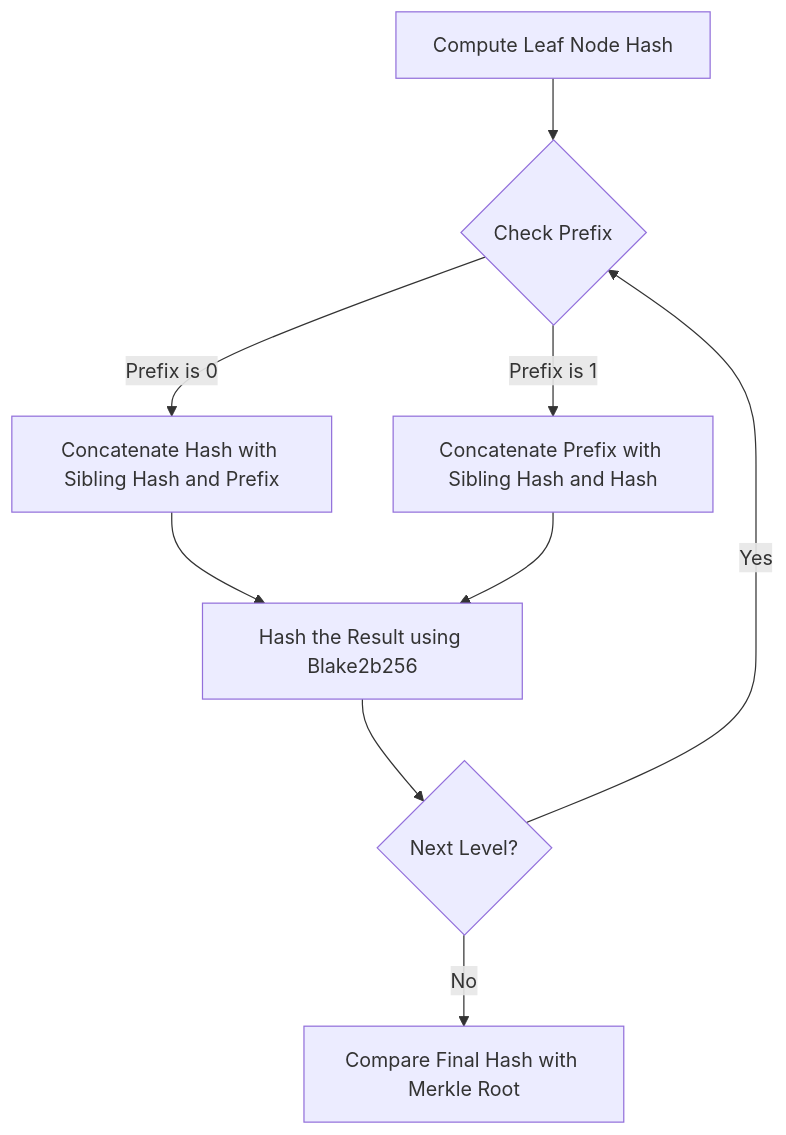
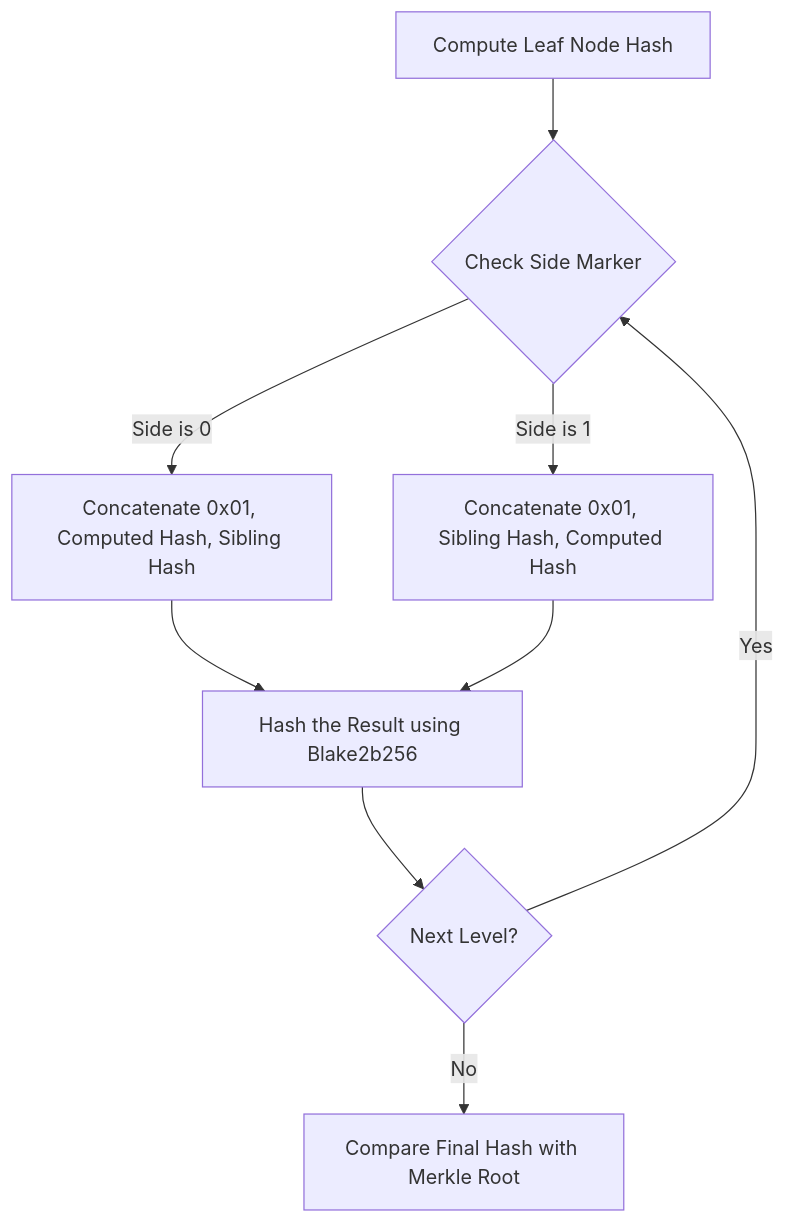
The diagram in docs/dev/data-model/structures/merkle/merkle-validation.md (ergoplatform/ergodocs), drawn with Mermaid before and after one commit. The commit also changed other lines of this file and 29 other files, not shown here.

````diff
--- a/docs/dev/data-model/structures/merkle/merkle-validation.md
+++ b/docs/dev/data-model/structures/merkle/merkle-validation.md
@@ -89,11 +93,11 @@
 ```mermaid
 graph TD
-        A[Compute Leaf Node Hash] --> B{Check Prefix}
-        B --> |Prefix is 0| C[Concatenate Hash with Sibling Hash and Prefix]
-        B --> |Prefix is 1| D[Concatenate Prefix with Sibling Hash and Hash]
+        A[Compute Leaf Node Hash] --> B{Check Side Marker}
+        B --> |Side is 0| C[Concatenate 0x01, Computed Hash, Sibling Hash]
+        B --> |Side is 1| D[Concatenate 0x01, Sibling Hash, Computed Hash]
         C --> E[Hash the Result using Blake2b256]
         D --> E[Hash the Result using Blake2b256]
         E --> F{Next Level?}
         F --> |Yes| B
         F --> |No| G[Compare Final Hash with Merkle Root]
 ```
````
